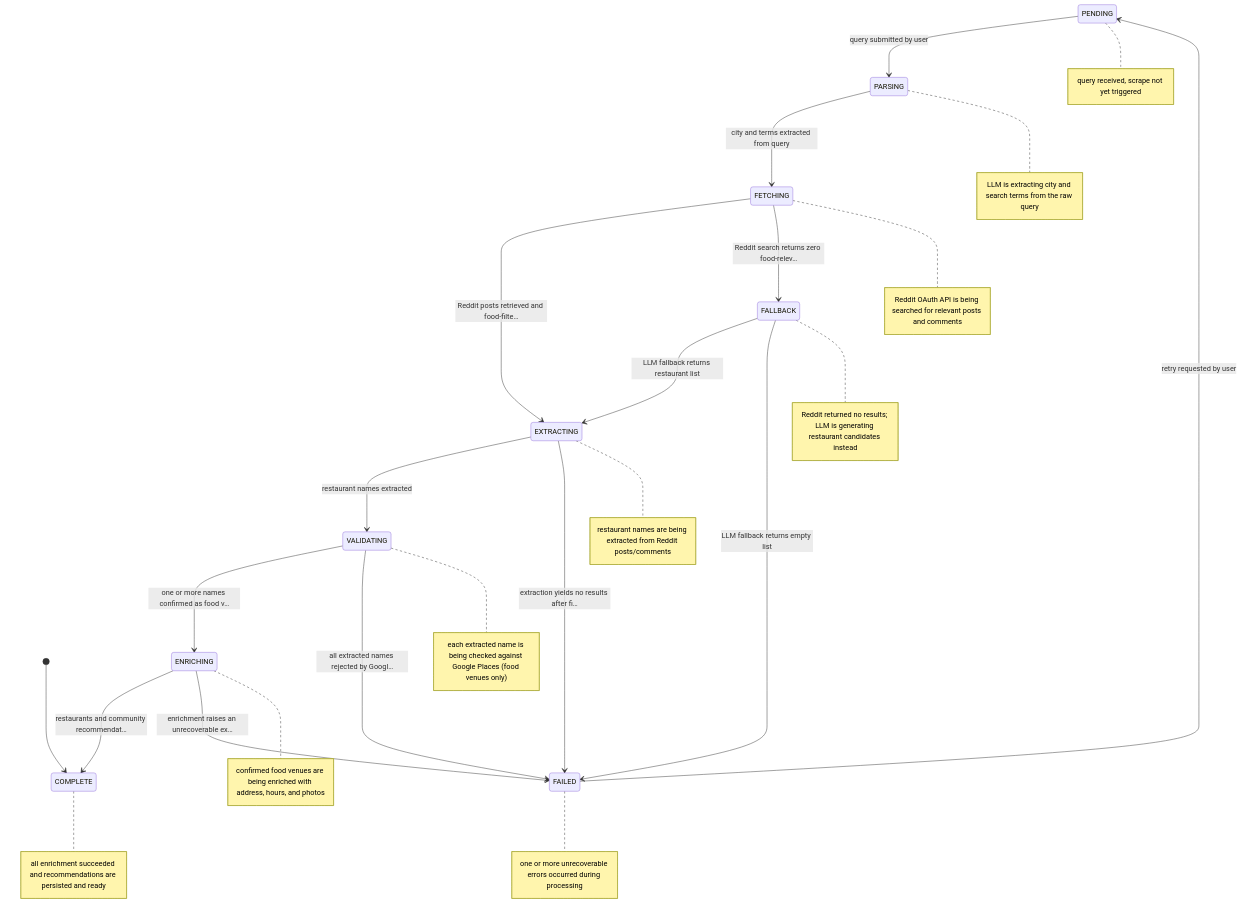
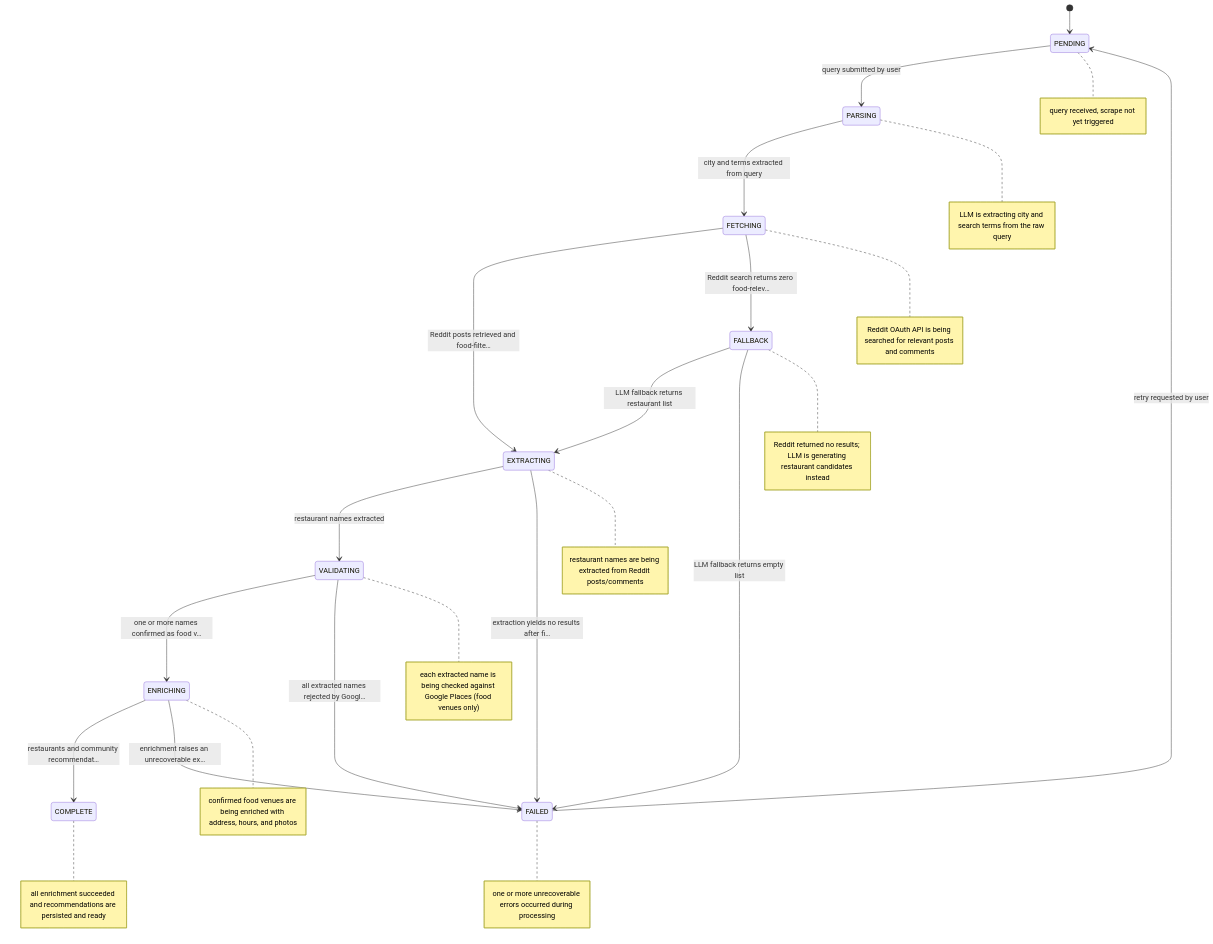
One commit to ashzade/localrecos changed the second of 2 diagrams in README.md. Above: the diagram before and after it, drawn with Mermaid. The commit also changed other lines of this file, not shown here.

First line of the commit message:
Fix Mermaid diagram syntax in README

````diff
--- a/README.md
+++ b/README.md
@@ -69,44 +65,44 @@
 ```mermaid
 stateDiagram-v2
-    [*] --> COMPLETE
+    [*] --> PENDING
     PENDING --> PARSING: query submitted by user
     PARSING --> FETCHING: city and terms extracted from query
     FETCHING --> EXTRACTING: Reddit posts retrieved and food-filte…
     FETCHING --> FALLBACK: Reddit search returns zero food-relev…
     FALLBACK --> EXTRACTING: LLM fallback returns restaurant list
     FALLBACK --> FAILED: LLM fallback returns empty list
     EXTRACTING --> VALIDATING: restaurant names extracted
     EXTRACTING --> FAILED: extraction yields no results after fi…
     VALIDATING --> ENRICHING: one or more names confirmed as food v…
     VALIDATING --> FAILED: all extracted names rejected by Googl…
     ENRICHING --> COMPLETE: restaurants and community recommendat…
     ENRICHING --> FAILED: enrichment raises an unrecoverable ex…
     FAILED --> PENDING: retry requested by user
     note right of PENDING
         query received, scrape not yet triggered
     end note
     note right of PARSING
         LLM is extracting city and search terms from the raw query
     end note
     note right of FETCHING
         Reddit OAuth API is being searched for relevant posts and comments
     end note
     note right of FALLBACK
         Reddit returned no results; LLM is generating restaurant candidates instead
     end note
     note right of EXTRACTING
         restaurant names are being extracted from Reddit posts/comments
     end note
     note right of VALIDATING
         each extracted name is being checked against Google Places (food venues only)
     end note
     note right of ENRICHING
         confirmed food venues are being enriched with address, hours, and photos
     end note
     note right of COMPLETE
         all enrichment succeeded and recommendations are persisted and ready
     end note
     note right of FAILED
         one or more unrecoverable errors occurred during processing
     end note
 ```
````
